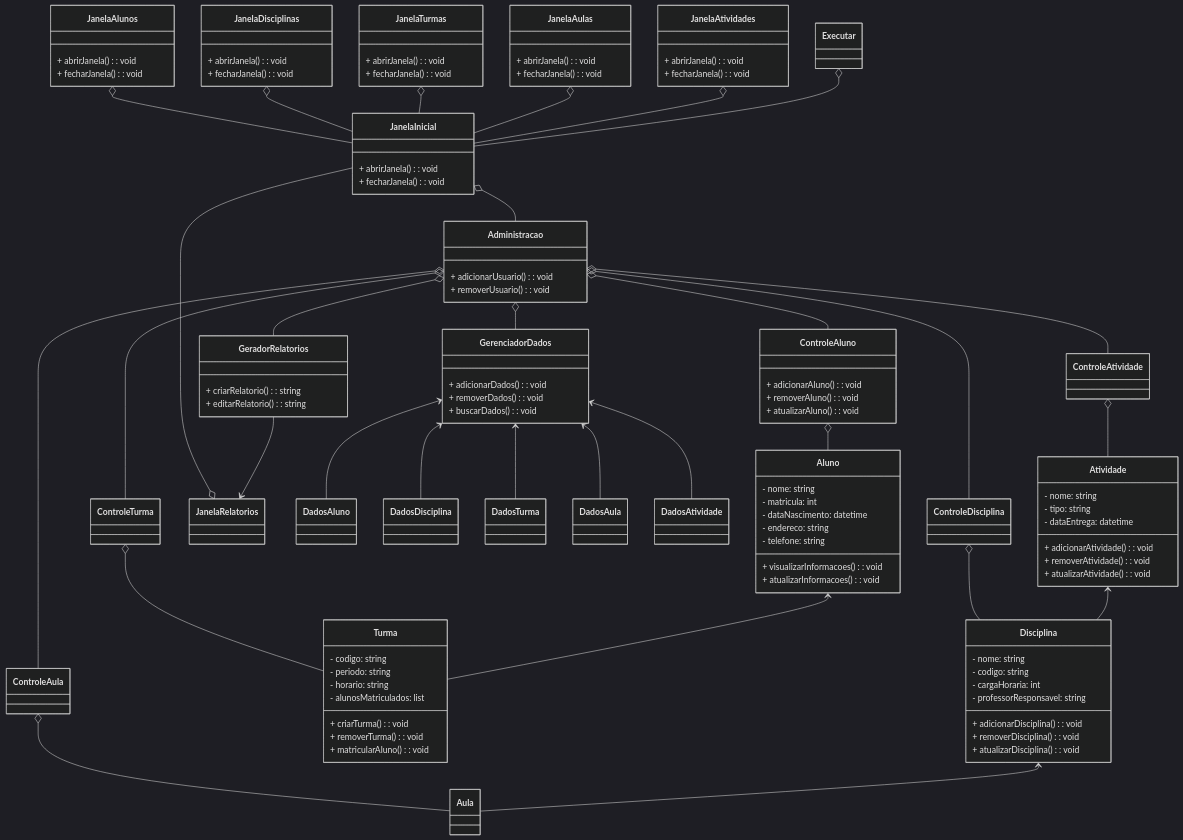
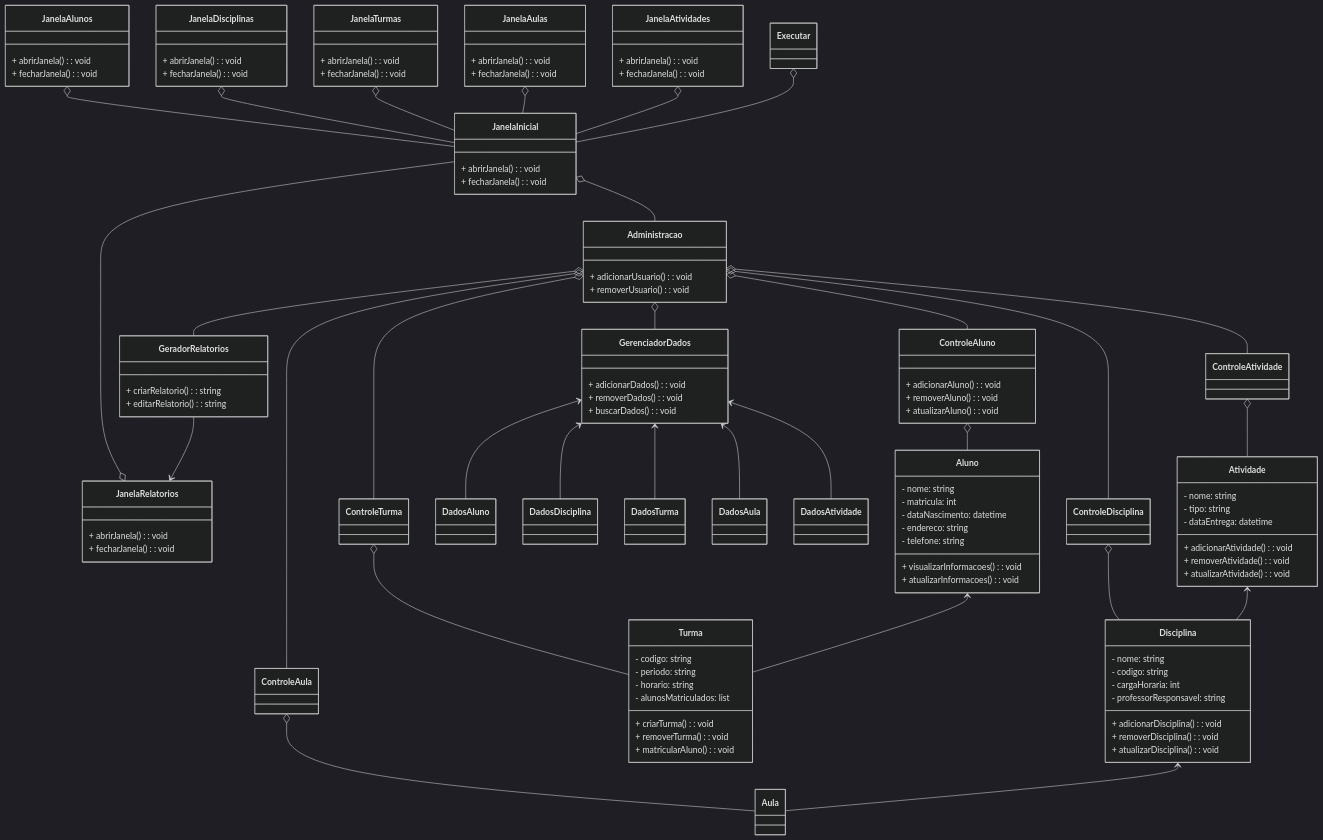
One commit to mamaclara99/diagramaclasses changed the diagram in EngSoft.md. Above: the diagram before and after it, drawn with Mermaid (dark theme).

````diff
--- a/EngSoft.md
+++ b/EngSoft.md
@@ -2,26 +2,30 @@
 ```mermaid
 classDiagram
- class JanelaInicial {
+   class JanelaInicial {
         + abrirJanela(): void
         + fecharJanela(): void
     }
- class JanelaAlunos {
+   class JanelaAlunos {
         + abrirJanela(): void
         + fecharJanela(): void
     }
- class JanelaDisciplinas {
+   class JanelaDisciplinas {
         + abrirJanela(): void
         + fecharJanela(): void
     }
- class JanelaTurmas {
+   class JanelaTurmas {
         + abrirJanela(): void
         + fecharJanela(): void
     }
- class JanelaAulas {
+   class JanelaAulas {
         + abrirJanela(): void
         + fecharJanela(): void
     }
- class JanelaAtividades {
+   class JanelaAtividades {
+        + abrirJanela(): void
+        + fecharJanela(): void
+    }
+  class JanelaRelatorios {
         + abrirJanela(): void
         + fecharJanela(): void
     }
````
